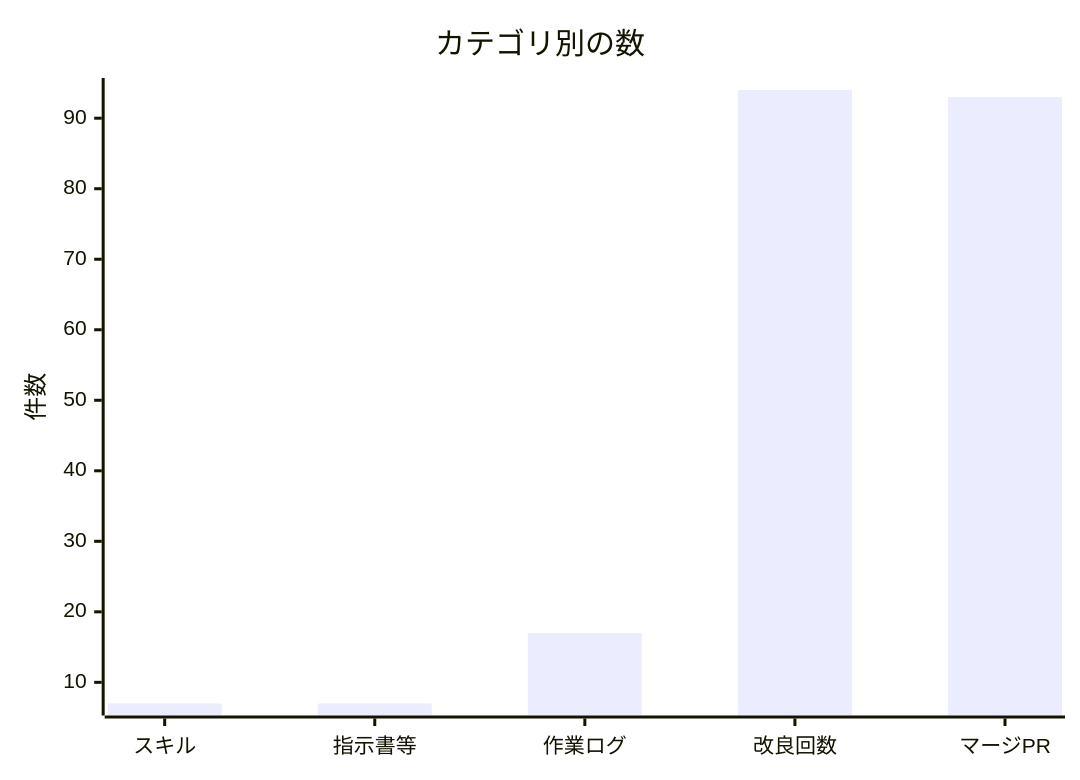
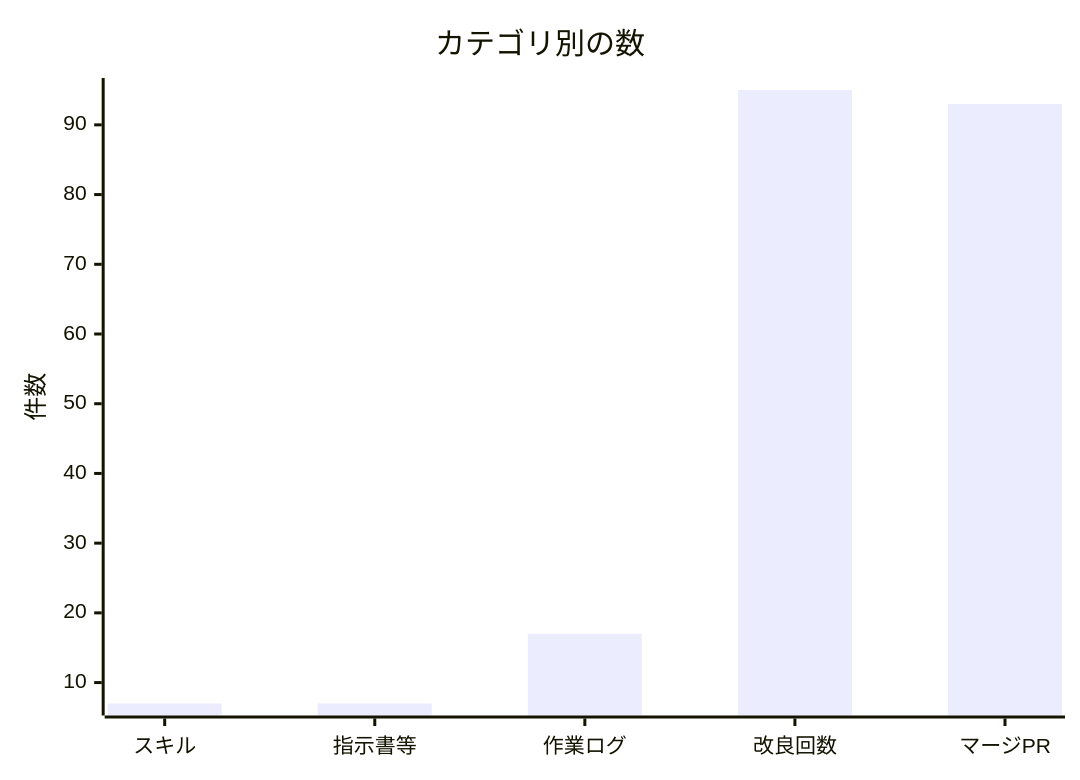
One commit to non-x2/non-x2 changed the second of 2 diagrams in docs/進化レポート.md. Above: the diagram before and after it, drawn with Mermaid. The commit also changed other lines of this file and 1 other file, not shown here.

````diff
--- a/docs/進化レポート.md
+++ b/docs/進化レポート.md
@@ -33,7 +33,7 @@
 ```mermaid
 xychart-beta
     title "カテゴリ別の数"
     x-axis ["スキル", "指示書等", "作業ログ", "改良回数", "マージPR"]
     y-axis "件数"
-    bar [7, 7, 17, 94, 93]
+    bar [7, 7, 17, 95, 93]
 ```
````
